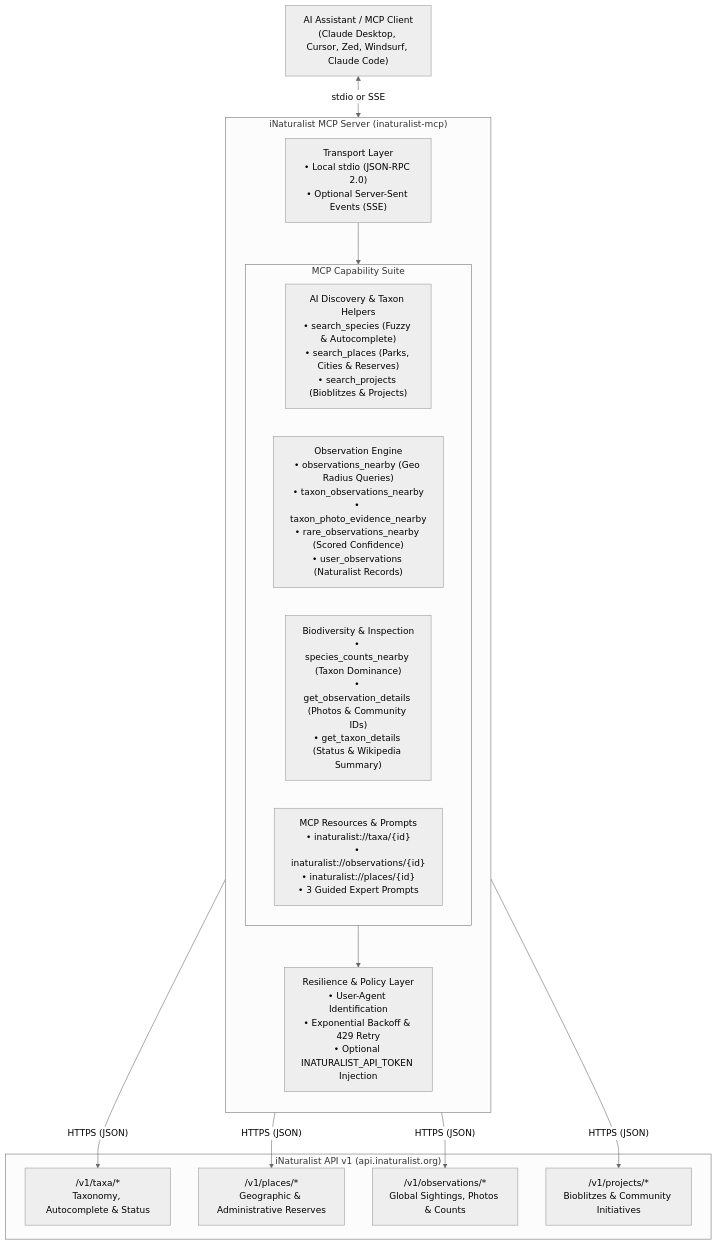
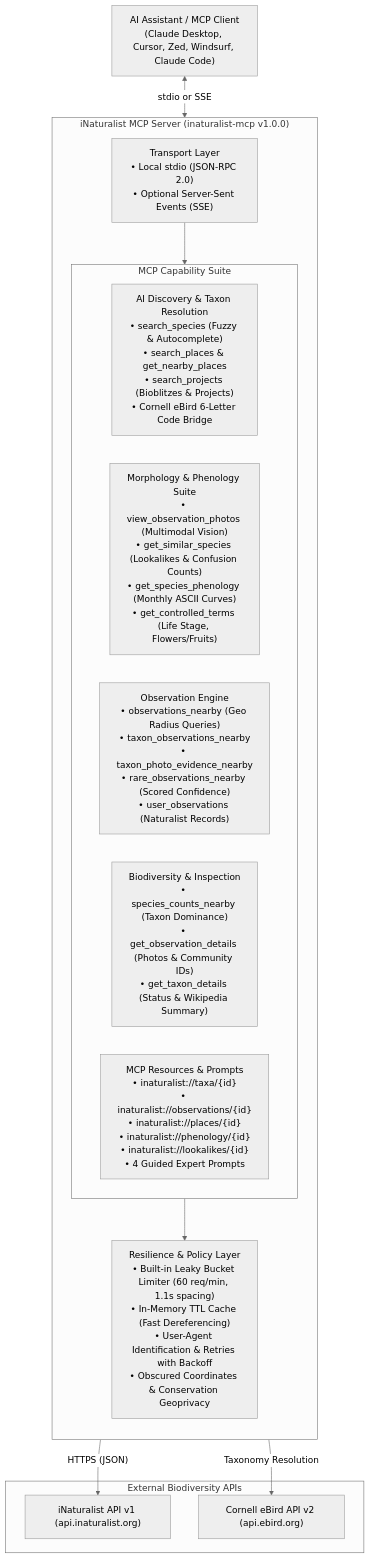
One commit to thesven/inaturalist-mcp changed the diagram in README.md. Above: the diagram before and after it, drawn with Mermaid (neutral theme). The commit also changed other lines of this file and 11 other files, not shown here.

Commit message:
feat(v1.0.0): lookalikes, phenology curves, multimodal vision, rate limiting, and ebird bridge

````diff
--- a/README.md
+++ b/README.md
@@ -18,33 +18,30 @@
 ```mermaid
 flowchart TD
     Client["AI Assistant / MCP Client<br>(Claude Desktop, Cursor, Zed, Windsurf, Claude Code)"]
 
-    subgraph INat_MCP ["iNaturalist MCP Server (inaturalist-mcp)"]
+    subgraph INat_MCP ["iNaturalist MCP Server (inaturalist-mcp v1.0.0)"]
         direction TB
         Transport["Transport Layer<br>• Local stdio (JSON-RPC 2.0)<br>• Optional Server-Sent Events (SSE)"]
 
         subgraph CoreEngine ["MCP Capability Suite"]
-            AIHelpers["AI Discovery & Taxon Helpers<br>• search_species (Fuzzy & Autocomplete)<br>• search_places (Parks, Cities & Reserves)<br>• search_projects (Bioblitzes & Projects)"]
+            AIHelpers["AI Discovery & Taxon Resolution<br>• search_species (Fuzzy & Autocomplete)<br>• search_places & get_nearby_places<br>• search_projects (Bioblitzes & Projects)<br>• Cornell eBird 6-Letter Code Bridge"]
+            VisionPheno["Morphology & Phenology Suite<br>• view_observation_photos (Multimodal Vision)<br>• get_similar_species (Lookalikes & Confusion Counts)<br>• get_species_phenology (Monthly ASCII Curves)<br>• get_controlled_terms (Life Stage, Flowers/Fruits)"]
             ObsEngine["Observation Engine<br>• observations_nearby (Geo Radius Queries)<br>• taxon_observations_nearby<br>• taxon_photo_evidence_nearby<br>• rare_observations_nearby (Scored Confidence)<br>• user_observations (Naturalist Records)"]
             BioEngine["Biodiversity & Inspection<br>• species_counts_nearby (Taxon Dominance)<br>• get_observation_details (Photos & Community IDs)<br>• get_taxon_details (Status & Wikipedia Summary)"]
-            ResourcesPrompts["MCP Resources & Prompts<br>• inaturalist://taxa/{id}<br>• inaturalist://observations/{id}<br>• inaturalist://places/{id}<br>• 3 Guided Expert Prompts"]
+            ResourcesPrompts["MCP Resources & Prompts<br>• inaturalist://taxa/{id}<br>• inaturalist://observations/{id}<br>• inaturalist://places/{id}<br>• inaturalist://phenology/{id}<br>• inaturalist://lookalikes/{id}<br>• 4 Guided Expert Prompts"]
         end
 
-        AuthRetry["Resilience & Policy Layer<br>• User-Agent Identification<br>• Exponential Backoff & 429 Retry<br>• Optional INATURALIST_API_TOKEN Injection"]
+        ResilienceLayer["Resilience & Policy Layer<br>• Built-in Leaky Bucket Limiter (60 req/min, 1.1s spacing)<br>• In-Memory TTL Cache (Fast Dereferencing)<br>• User-Agent Identification & Retries with Backoff<br>• Obscured Coordinates & Conservation Geoprivacy"]
     end
 
-    subgraph INat_API ["iNaturalist API v1 (api.inaturalist.org)"]
-        TaxaAPI["/v1/taxa/*<br>Taxonomy, Autocomplete & Status"]
-        PlacesAPI["/v1/places/*<br>Geographic & Administrative Reserves"]
-        ObservationsAPI["/v1/observations/*<br>Global Sightings, Photos & Counts"]
-        ProjectsAPI["/v1/projects/*<br>Bioblitzes & Community Initiatives"]
+    subgraph ExternalAPIs ["External Biodiversity APIs"]
+        INat_API["iNaturalist API v1 (api.inaturalist.org)"]
+        eBird_API["Cornell eBird API v2 (api.ebird.org)"]
     end
 
     Client <-->|"stdio or SSE"| Transport
     Transport --> CoreEngine
-    CoreEngine --> AuthRetry
-    AuthRetry -->|"HTTPS (JSON)"| TaxaAPI
-    AuthRetry -->|"HTTPS (JSON)"| PlacesAPI
-    AuthRetry -->|"HTTPS (JSON)"| ObservationsAPI
-    AuthRetry -->|"HTTPS (JSON)"| ProjectsAPI
+    CoreEngine --> ResilienceLayer
+    ResilienceLayer -->|"HTTPS (JSON)"| INat_API
+    ResilienceLayer -->|"Taxonomy Resolution"| eBird_API
 ```
````
